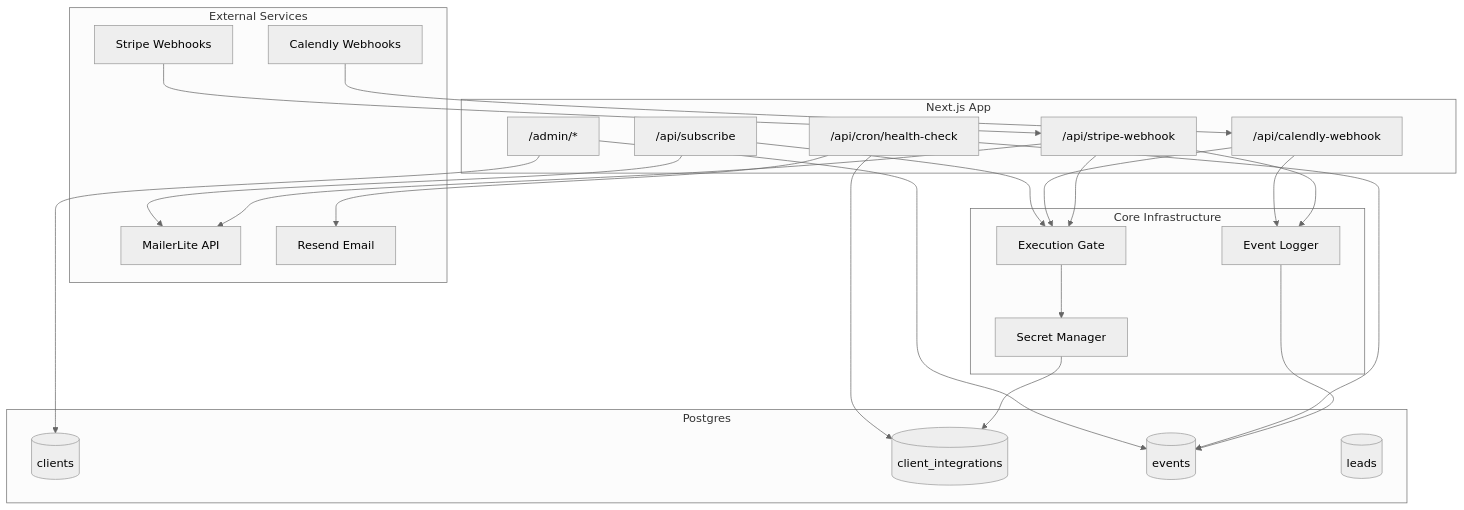
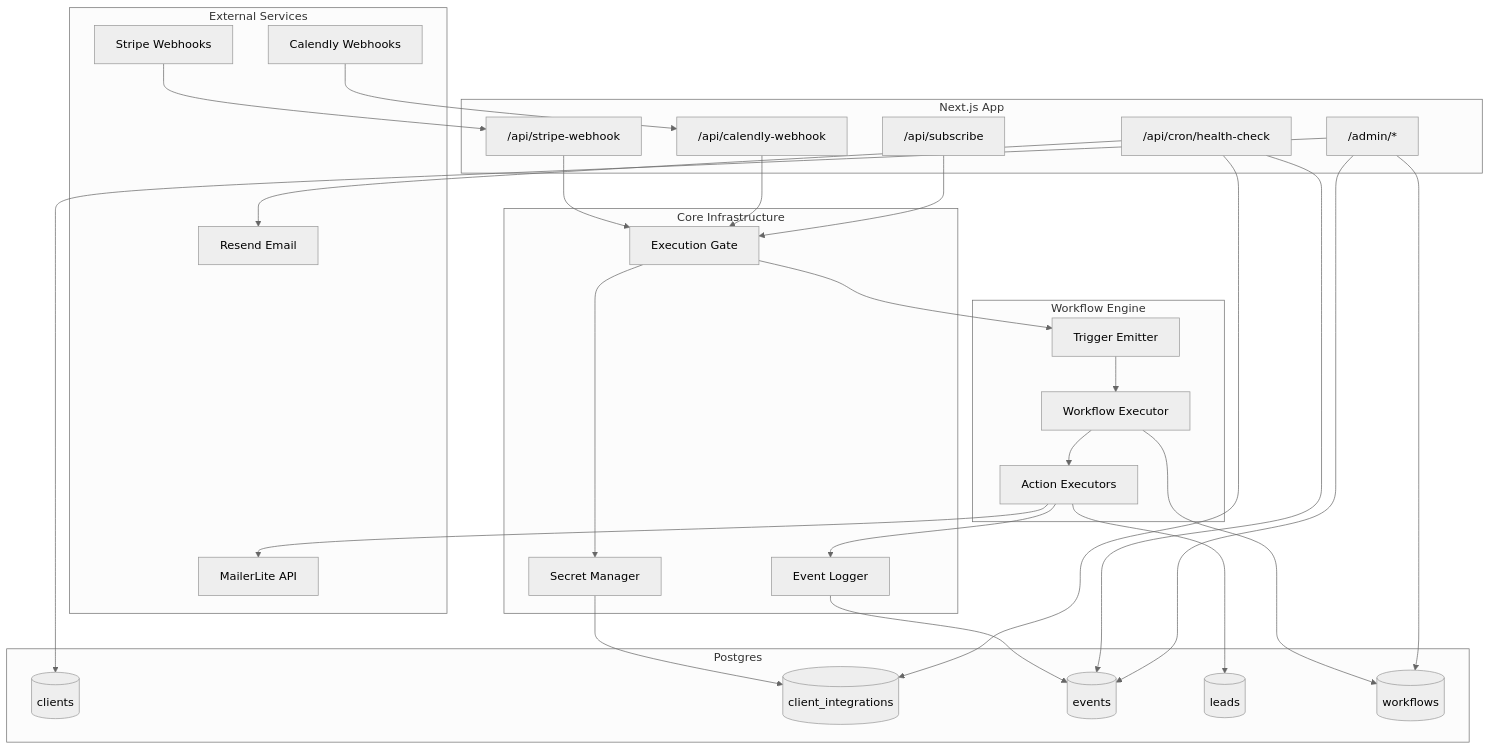
Before and after one commit to sammrosen/revline: the diagram in docs/ARCHITECTURE.md, drawn with Mermaid (neutral theme). The commit also changed other lines of this file and 37 other files, not shown here.

````diff
--- a/docs/ARCHITECTURE.md
+++ b/docs/ARCHITECTURE.md
@@ -9,48 +9,59 @@
 ```mermaid
 flowchart TB
     subgraph external [External Services]
         Stripe[Stripe Webhooks]
         Calendly[Calendly Webhooks]
         ML[MailerLite API]
         Resend[Resend Email]
     end
 
     subgraph app [Next.js App]
         Subscribe["/api/subscribe"]
         StripeWH["/api/stripe-webhook"]
         CalendlyWH["/api/calendly-webhook"]
         Admin["/admin/*"]
         Cron["/api/cron/health-check"]
     end
 
+    subgraph workflow [Workflow Engine]
+        Trigger[Trigger Emitter]
+        Engine[Workflow Executor]
+        Executors[Action Executors]
+    end
+
     subgraph core [Core Infrastructure]
         ClientGate[Execution Gate]
         SecretMgr[Secret Manager]
         EventLog[Event Logger]
     end
 
     subgraph data [Postgres]
         Clients[(clients)]
         Integrations[(client_integrations)]
         Events[(events)]
         Leads[(leads)]
+        Workflows[(workflows)]
     end
 
     Stripe --> StripeWH
     Calendly --> CalendlyWH
     StripeWH --> ClientGate
     CalendlyWH --> ClientGate
+    Subscribe --> ClientGate
+    ClientGate --> Trigger
+    Trigger --> Engine
+    Engine --> Executors
+    Executors --> ML
+    Executors --> EventLog
+    Executors --> Leads
+    Engine --> Workflows
     ClientGate --> SecretMgr
     SecretMgr --> Integrations
-    StripeWH --> EventLog
-    CalendlyWH --> EventLog
     EventLog --> Events
-    StripeWH --> ML
-    Subscribe --> ClientGate
-    Subscribe --> ML
     Cron --> Events
     Cron --> Integrations
     Cron --> Resend
     Admin --> Clients
     Admin --> Events
+    Admin --> Workflows
 ```
````
